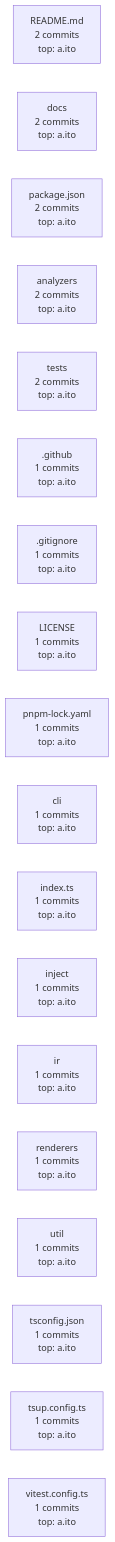
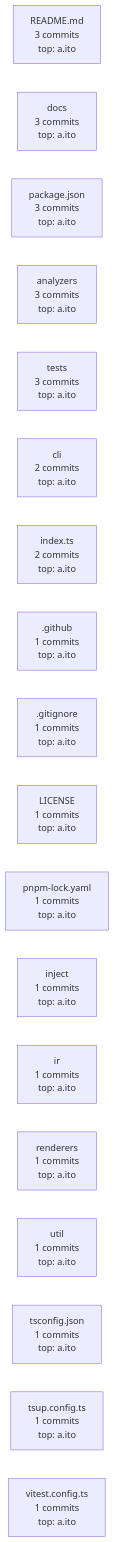
Before and after one commit to BoxPistols/repolore: the diagram in docs/diagrams/git-history.md, drawn with Mermaid. The commit also changed other lines of this file and 13 other files, not shown here.

````diff
--- a/docs/diagrams/git-history.md
+++ b/docs/diagrams/git-history.md
@@ -11,21 +11,21 @@
 ```mermaid
 flowchart LR
-    README_md["README.md<br/>2 commits<br/>top: a.ito"]
-    docs["docs<br/>2 commits<br/>top: a.ito"]
-    package_json["package.json<br/>2 commits<br/>top: a.ito"]
-    analyzers["analyzers<br/>2 commits<br/>top: a.ito"]
-    tests["tests<br/>2 commits<br/>top: a.ito"]
+    README_md["README.md<br/>3 commits<br/>top: a.ito"]
+    docs["docs<br/>3 commits<br/>top: a.ito"]
+    package_json["package.json<br/>3 commits<br/>top: a.ito"]
+    analyzers["analyzers<br/>3 commits<br/>top: a.ito"]
+    tests["tests<br/>3 commits<br/>top: a.ito"]
+    cli["cli<br/>2 commits<br/>top: a.ito"]
+    index_ts["index.ts<br/>2 commits<br/>top: a.ito"]
     _github[".github<br/>1 commits<br/>top: a.ito"]
     _gitignore[".gitignore<br/>1 commits<br/>top: a.ito"]
     LICENSE["LICENSE<br/>1 commits<br/>top: a.ito"]
     pnpm_lock_yaml["pnpm-lock.yaml<br/>1 commits<br/>top: a.ito"]
-    cli["cli<br/>1 commits<br/>top: a.ito"]
-    index_ts["index.ts<br/>1 commits<br/>top: a.ito"]
     inject["inject<br/>1 commits<br/>top: a.ito"]
     ir["ir<br/>1 commits<br/>top: a.ito"]
     renderers["renderers<br/>1 commits<br/>top: a.ito"]
     util["util<br/>1 commits<br/>top: a.ito"]
     tsconfig_json["tsconfig.json<br/>1 commits<br/>top: a.ito"]
     tsup_config_ts["tsup.config.ts<br/>1 commits<br/>top: a.ito"]
     vitest_config_ts["vitest.config.ts<br/>1 commits<br/>top: a.ito"]
 ```
````
